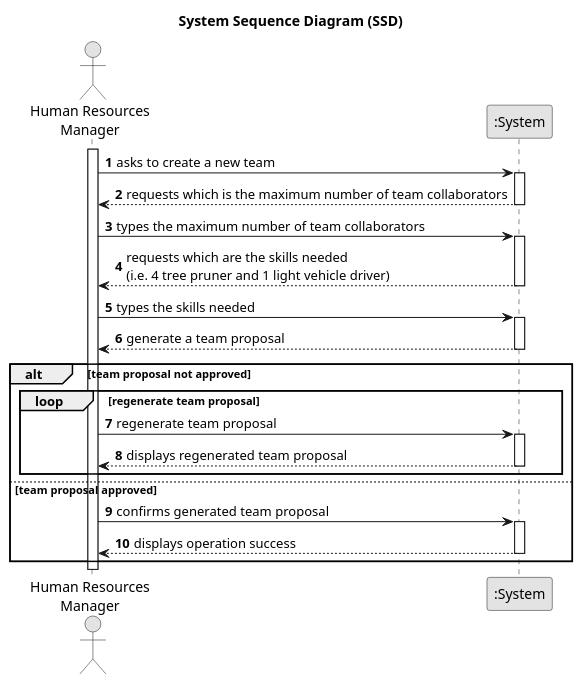
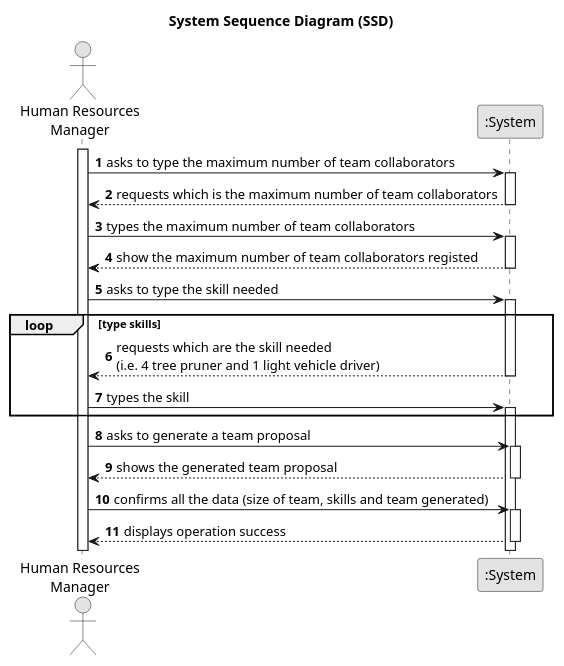
One commit to 1231360-ISEP/lei-24-s2-1db-g021 changed the diagram in docs/sprintA/us005/01.requirements-engineering/puml/us005-system-sequence-diagram-alternative-one.puml. Above: the diagram before and after it, drawn with PlantUML. The commit also changed 1 other file, not shown here.

Commit message:
Update the US01 and US05 SSD plant uml

```diff
--- a/docs/sprintA/us005/01.requirements-engineering/puml/us005-system-sequence-diagram-alternative-one.puml
+++ b/docs/sprintA/us005/01.requirements-engineering/puml/us005-system-sequence-diagram-alternative-one.puml
@@ -1,49 +1,53 @@
 @startuml
 skinparam monochrome true
 skinparam packageStyle rectangle
 skinparam shadowing false
 
 title System Sequence Diagram (SSD)
 
 autonumber
 
 actor "Human Resources\nManager" as HRM
 participant ":System" as System
 
 activate HRM
 
-    HRM -> System : asks to create a new team
+    HRM -> System : asks to type the maximum number of team collaborators
     activate System
 
         System --> HRM : requests which is the maximum number of team collaborators
     deactivate System
 
     HRM -> System : types the maximum number of team collaborators
     activate System
 
-        System --> HRM : requests which are the skills needed\n(i.e. 4 tree pruner and 1 light vehicle driver)
+        System --> HRM : show the maximum number of team collaborators registed
     deactivate System
 
-    HRM -> System : types the skills needed
+    HRM -> System : asks to type the skill needed
     activate System
 
-        System --> HRM : generate a team proposal
+    loop type skills
+
+            System --> HRM : requests which are the skill needed\n(i.e. 4 tree pruner and 1 light vehicle driver)
+        deactivate System
+
+        HRM -> System : types the skill
+        activate System
+
+    end
+
+    HRM -> System : asks to generate a team proposal
+    activate System
+
+        System --> HRM : shows the generated team proposal
     deactivate System
 
-    alt team proposal not approved
-        loop regenerate team proposal
-            HRM -> System : regenerate team proposal
-            activate System
+    HRM -> System : confirms all the data (size of team, skills and team generated)
+    activate System
 
-                System --> HRM : displays regenerated team proposal
-            deactivate System
-        end
-    else team proposal approved
-        HRM -> System : confirms generated team proposal
-            activate System
+        System --> HRM : displays operation success
+    deactivate System
 
-                System --> HRM : displays operation success
-            deactivate System
-    end
 
 @enduml
```
